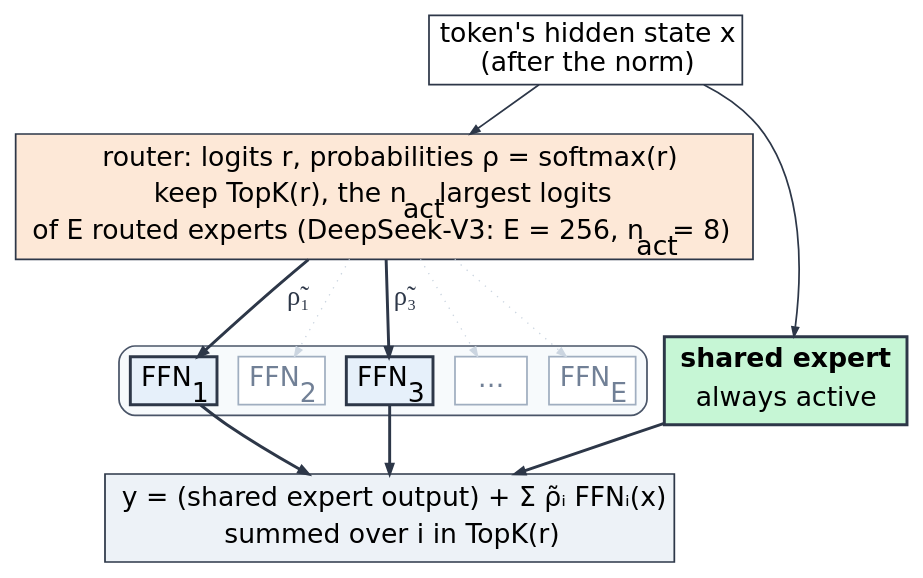
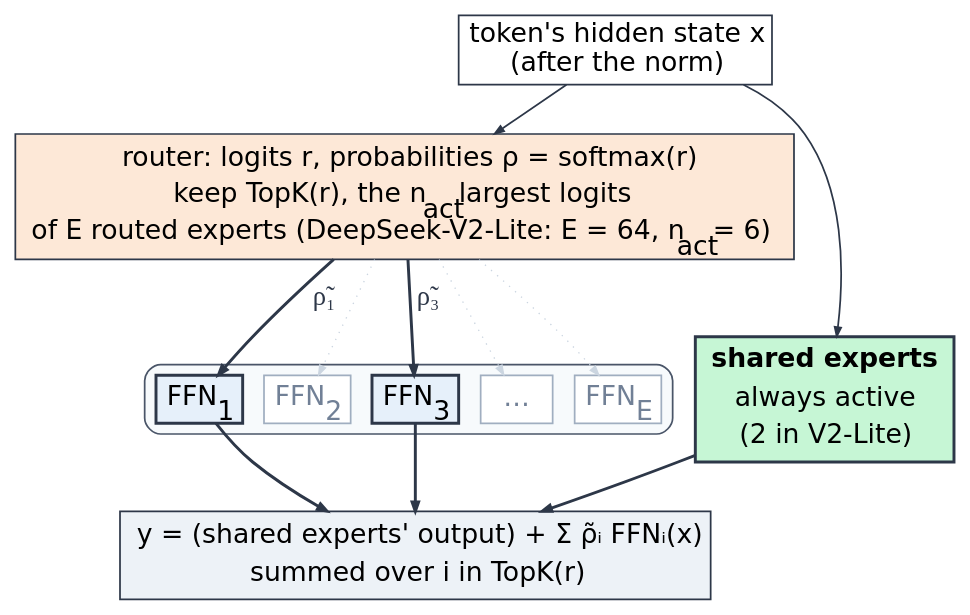
One commit to Beaker12/llmatlas changed the diagram in chapters/06-architectures/figures/moe-layer.dot. Above: the diagram before and after it, drawn with Graphviz. The commit also changed 18 other files, not shown here.

```diff
--- a/chapters/06-architectures/figures/moe-layer.dot
+++ b/chapters/06-architectures/figures/moe-layer.dot
@@ -1,33 +1,33 @@
 digraph moe_layer {
   ranksep=0.5; nodesep=0.22; newrank=true;
   graph [fontname="DejaVu Sans"];
   node [shape=box, style="filled", fontname="DejaVu Sans"];
   edge [arrowsize=0.7];
 
   x [label=<token's hidden state x<BR/>(after the norm)>, fillcolor="#ffffff", color="#2d3748", penwidth=1.3, fontsize=20];
-  router [label=<<TABLE BORDER="0" CELLSPACING="2"><TR><TD>router: logits r, probabilities ρ = softmax(r)</TD></TR><TR><TD>keep TopK(r), the n<SUB>act</SUB> largest logits</TD></TR><TR><TD>of E routed experts (DeepSeek-V3: E = 256, n<SUB>act</SUB> = 8)</TD></TR></TABLE>>, fillcolor="#fde8d7", color="#2d3748", penwidth=1.3, fontsize=20];
+  router [label=<<TABLE BORDER="0" CELLSPACING="2"><TR><TD>router: logits r, probabilities ρ = softmax(r)</TD></TR><TR><TD>keep TopK(r), the n<SUB>act</SUB> largest logits</TD></TR><TR><TD>of E routed experts (DeepSeek-V2-Lite: E = 64, n<SUB>act</SUB> = 6)</TD></TR></TABLE>>, fillcolor="#fde8d7", color="#2d3748", penwidth=1.3, fontsize=20];
 
   subgraph cluster_routed {
     style="rounded,filled"; fillcolor="#f7fafc"; color="#4a5568"; penwidth=1.3; label="";
     e1 [label=<FFN<SUB>1</SUB>>, fillcolor="#e6f0fa", color="#2d3748", penwidth=2.2, fontsize=20];
     e2 [label=<FFN<SUB>2</SUB>>, fillcolor="#ffffff", color="#a0aec0", fontcolor="#718096", penwidth=1.3, fontsize=20];
     e3 [label=<FFN<SUB>3</SUB>>, fillcolor="#e6f0fa", color="#2d3748", penwidth=2.2, fontsize=20];
     e4 [label="…", fillcolor="#ffffff", color="#a0aec0", fontcolor="#718096", penwidth=1.3, fontsize=20];
     eE [label=<FFN<SUB>E</SUB>>, fillcolor="#ffffff", color="#a0aec0", fontcolor="#718096", penwidth=1.3, fontsize=20];
   }
-  s1 [label=<<TABLE BORDER="0" CELLSPACING="2"><TR><TD><B>shared expert</B></TD></TR><TR><TD>always active</TD></TR></TABLE>>, fillcolor="#c6f6d5", color="#2d3748", penwidth=2.2, fontsize=20];
+  s1 [label=<<TABLE BORDER="0" CELLSPACING="2"><TR><TD><B>shared experts</B></TD></TR><TR><TD>always active</TD></TR><TR><TD>(2 in V2-Lite)</TD></TR></TABLE>>, fillcolor="#c6f6d5", color="#2d3748", penwidth=2.2, fontsize=20];
 
-  y [label=<<TABLE BORDER="0" CELLSPACING="2"><TR><TD>y = (shared expert output) + Σ ρ̃ᵢ FFNᵢ(x)</TD></TR><TR><TD>summed over i in TopK(r)</TD></TR></TABLE>>, fillcolor="#edf2f7", color="#2d3748", penwidth=1.3, fontsize=20];
+  y [label=<<TABLE BORDER="0" CELLSPACING="2"><TR><TD>y = (shared experts' output) + Σ ρ̃ᵢ FFNᵢ(x)</TD></TR><TR><TD>summed over i in TopK(r)</TD></TR></TABLE>>, fillcolor="#edf2f7", color="#2d3748", penwidth=1.3, fontsize=20];
 
   x -> router [color="#2d3748", penwidth=1.3];
   router -> e1 [label=" ρ̃₁", fontsize=20, fontcolor="#2d3748", color="#2d3748", penwidth=2.2];
   router -> e3 [label=" ρ̃₃", fontsize=20, fontcolor="#2d3748", color="#2d3748", penwidth=2.2];
   router -> e2 [color="#cbd5e0", style=dotted];
   router -> e4 [color="#cbd5e0", style=dotted];
   router -> eE [color="#cbd5e0", style=dotted];
   x -> s1 [color="#2d3748", penwidth=1.3];
   e1 -> y [color="#2d3748", penwidth=2.2];
   e3 -> y [color="#2d3748", penwidth=2.2];
   s1 -> y [color="#2d3748", penwidth=2.2];
   { rank=same; e1; e2; e3; e4; eE; s1; }
 }
```
